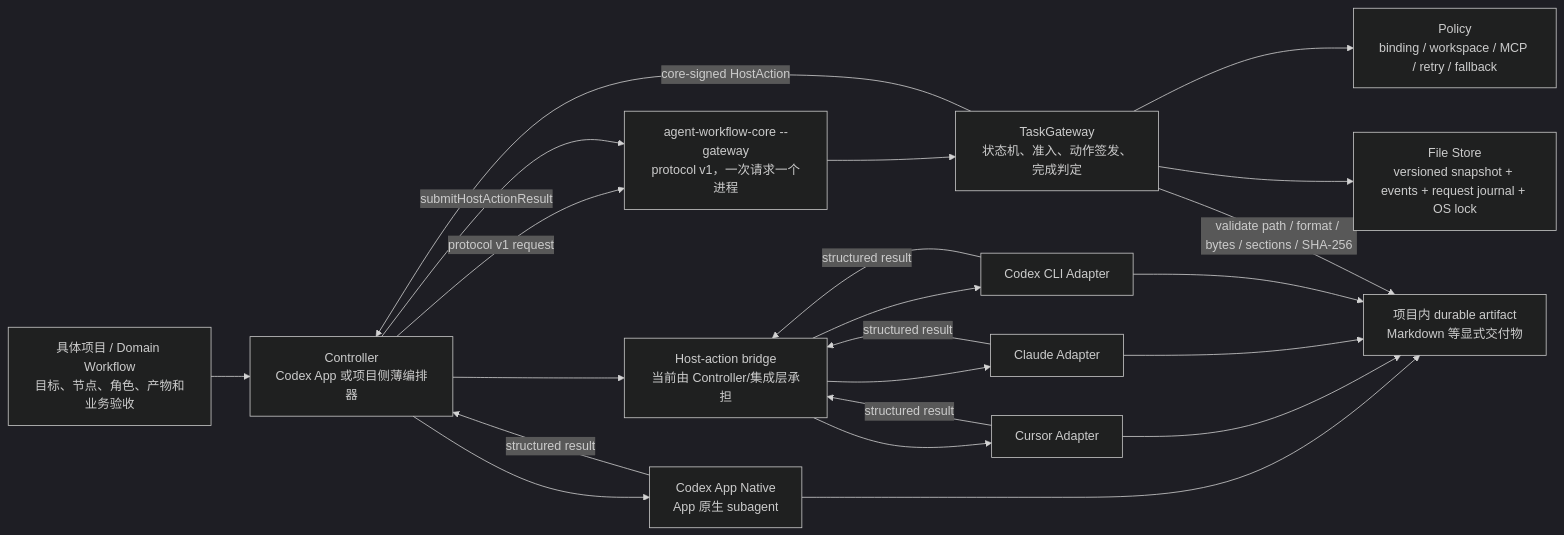
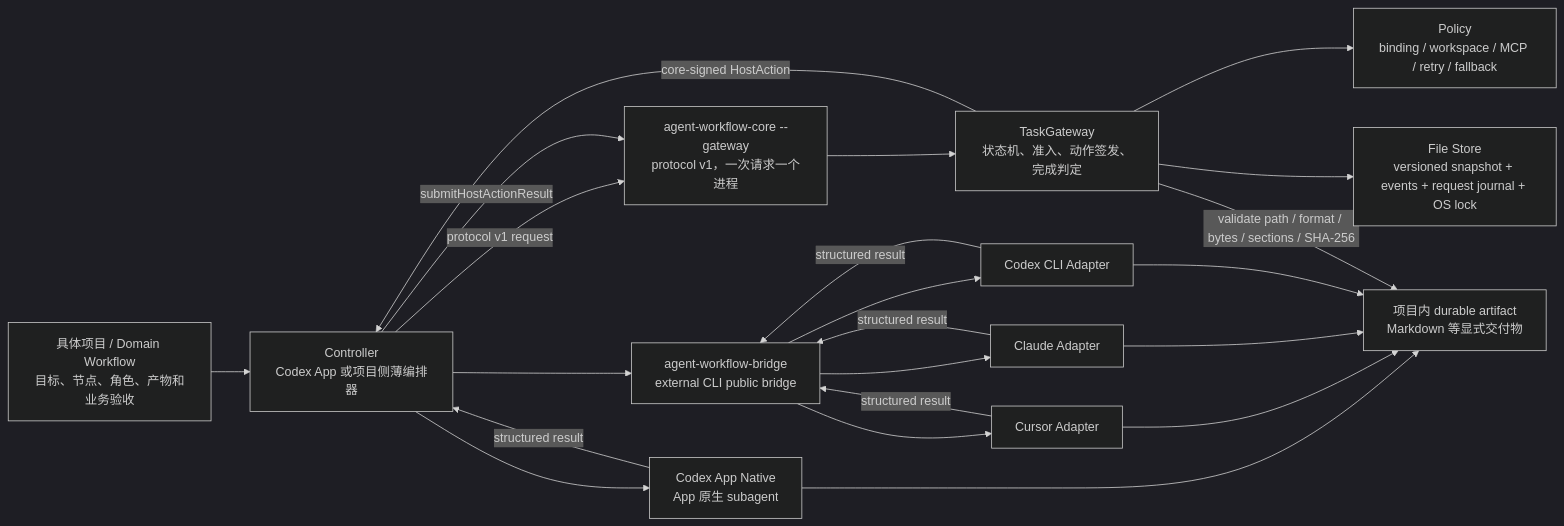
One commit to Ice-Maple/agent-workflow-toolkit changed the first of 2 diagrams in docs/architecture/multi-agent-orchestration-architecture.md. Above: the diagram before and after it, drawn with Mermaid (dark theme). The commit also changed other lines of this file and 41 other files, not shown here.

````diff
--- a/docs/architecture/multi-agent-orchestration-architecture.md
+++ b/docs/architecture/multi-agent-orchestration-architecture.md
@@ -24,37 +24,37 @@
 ```mermaid
 flowchart LR
     Domain["具体项目 / Domain Workflow<br/>目标、节点、角色、产物和业务验收"]
     Controller["Controller<br/>Codex App 或项目侧薄编排器"]
     CLI["agent-workflow-core --gateway<br/>protocol v1，一次请求一个进程"]
     Core["TaskGateway<br/>状态机、准入、动作签发、完成判定"]
     Policy["Policy<br/>binding / workspace / MCP / retry / fallback"]
     Store["File Store<br/>versioned snapshot + events + request journal + OS lock"]
     Native["Codex App Native<br/>App 原生 subagent"]
-    Bridge["Host-action bridge<br/>当前由 Controller/集成层承担"]
+    Bridge["agent-workflow-bridge<br/>external CLI public bridge"]
     Cursor["Cursor Adapter"]
     Claude["Claude Adapter"]
     Codex["Codex CLI Adapter"]
     Artifact["项目内 durable artifact<br/>Markdown 等显式交付物"]
 
     Domain --> Controller
     Controller -->|"protocol v1 request"| CLI
     CLI --> Core
     Core --> Policy
     Core --> Store
     Core -->|"core-signed HostAction"| Controller
     Controller --> Native
     Controller --> Bridge
     Bridge --> Cursor
     Bridge --> Claude
     Bridge --> Codex
     Native -->|"structured result"| Controller
     Cursor -->|"structured result"| Bridge
     Claude -->|"structured result"| Bridge
     Codex -->|"structured result"| Bridge
     Controller -->|"submitHostActionResult"| CLI
     Native --> Artifact
     Cursor --> Artifact
     Claude --> Artifact
     Codex --> Artifact
     Core -->|"validate path / format / bytes / sections / SHA-256"| Artifact
 ```
````
